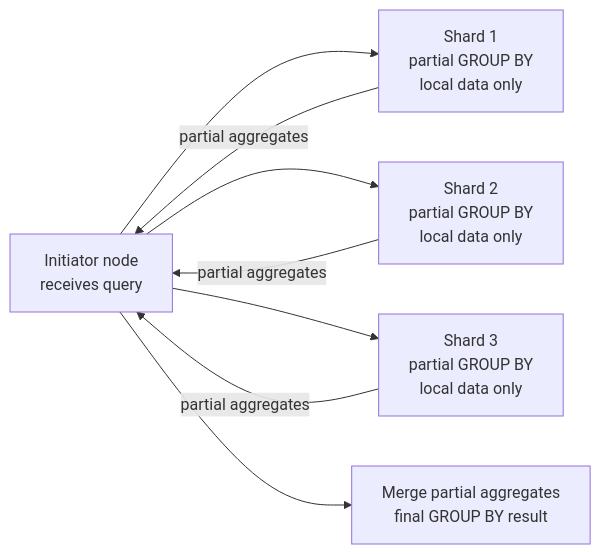
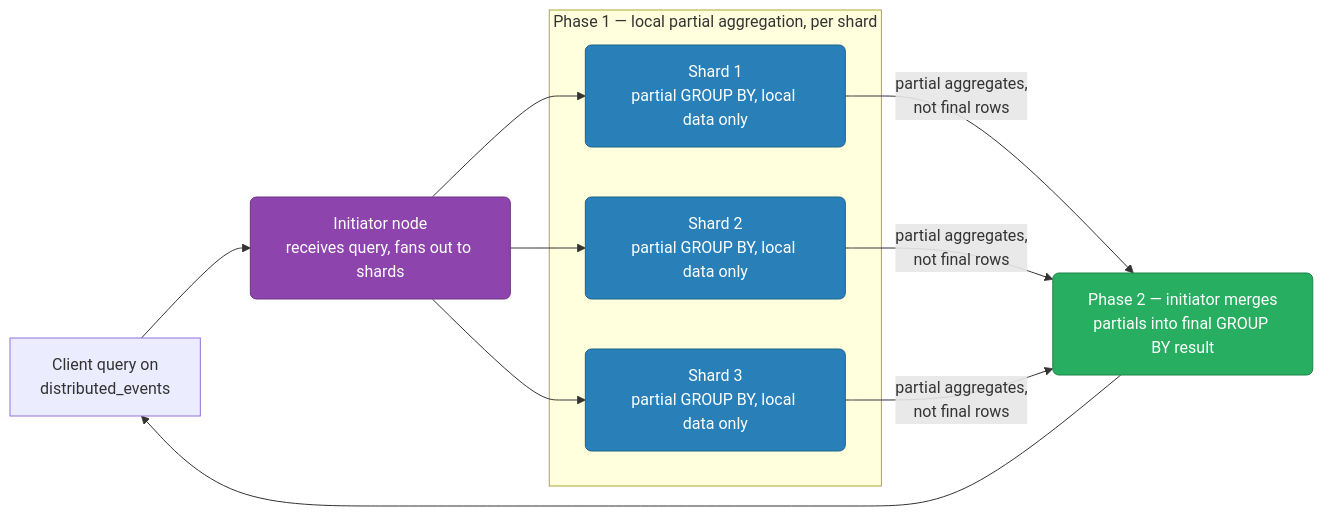
One commit to deepanshu-rawat6/DevOpsIndex changed the fifth of 6 diagrams in databases/clickhouse-internals.md. Above: the diagram before and after it, drawn with Mermaid. The commit also changed other lines of this file and 7 other files, not shown here.

````diff
--- a/databases/clickhouse-internals.md
+++ b/databases/clickhouse-internals.md
@@ -206,8 +427,20 @@
 ```mermaid
 graph LR
-    INIT["Initiator node<br>receives query"] --> S1["Shard 1<br>partial GROUP BY<br>local data only"]
-    INIT --> S2["Shard 2<br>partial GROUP BY<br>local data only"]
-    INIT --> S3["Shard 3<br>partial GROUP BY<br>local data only"]
-    S1 & S2 & S3 -->|"partial aggregates"| INIT
-    INIT --> MERGE["Merge partial aggregates<br>final GROUP BY result"]
+    classDef initiator fill:#8e44ad,stroke:#6c3483,color:#fff,rx:6
+    classDef shard fill:#2980b9,stroke:#1f618d,color:#fff,rx:6
+    classDef result fill:#27ae60,stroke:#1e8449,color:#fff,rx:6
+
+    APP["Client query on<br/>distributed_events"] --> INIT["Initiator node<br/>receives query, fans out to shards"]:::initiator
+
+    subgraph SHARDS["Phase 1 — local partial aggregation, per shard"]
+        S1["Shard 1<br/>partial GROUP BY, local data only"]:::shard
+        S2["Shard 2<br/>partial GROUP BY, local data only"]:::shard
+        S3["Shard 3<br/>partial GROUP BY, local data only"]:::shard
+    end
+
+    INIT --> S1
+    INIT --> S2
+    INIT --> S3
+    S1 & S2 & S3 -->|"partial aggregates,<br/>not final rows"| MERGE["Phase 2 — initiator merges<br/>partials into final GROUP BY result"]:::result
+    MERGE --> APP
 ```
````
